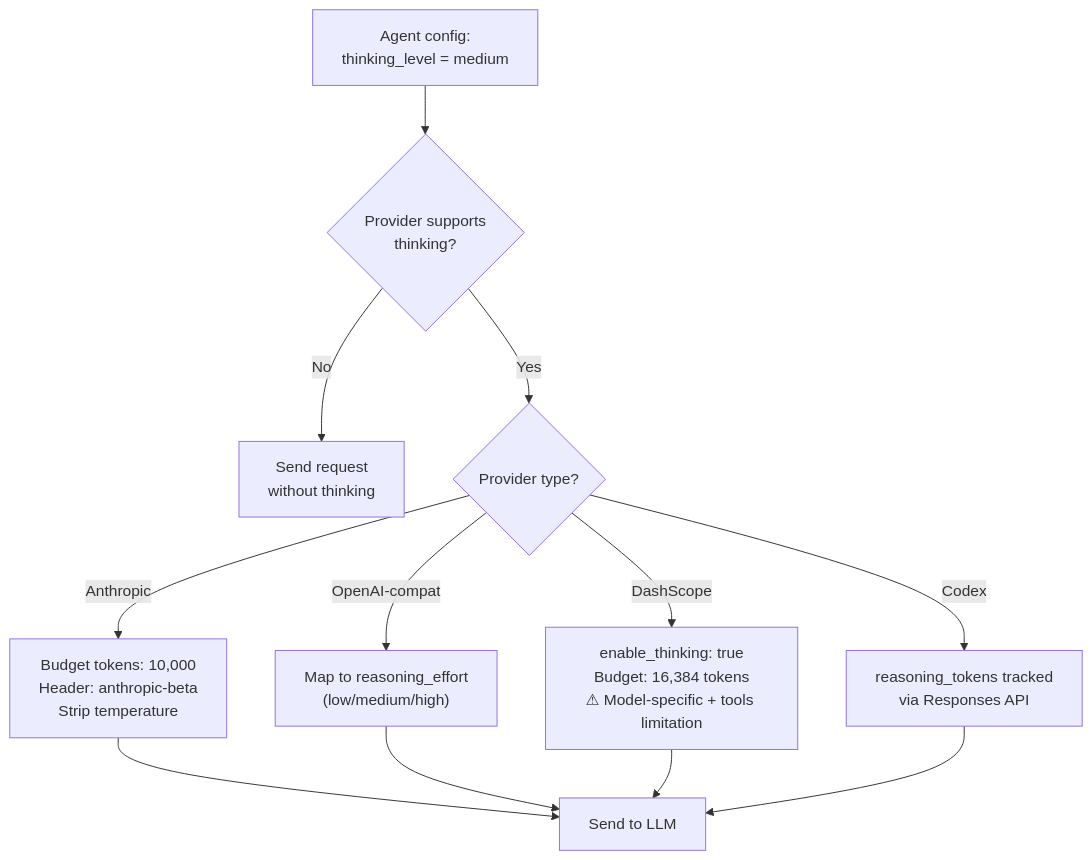
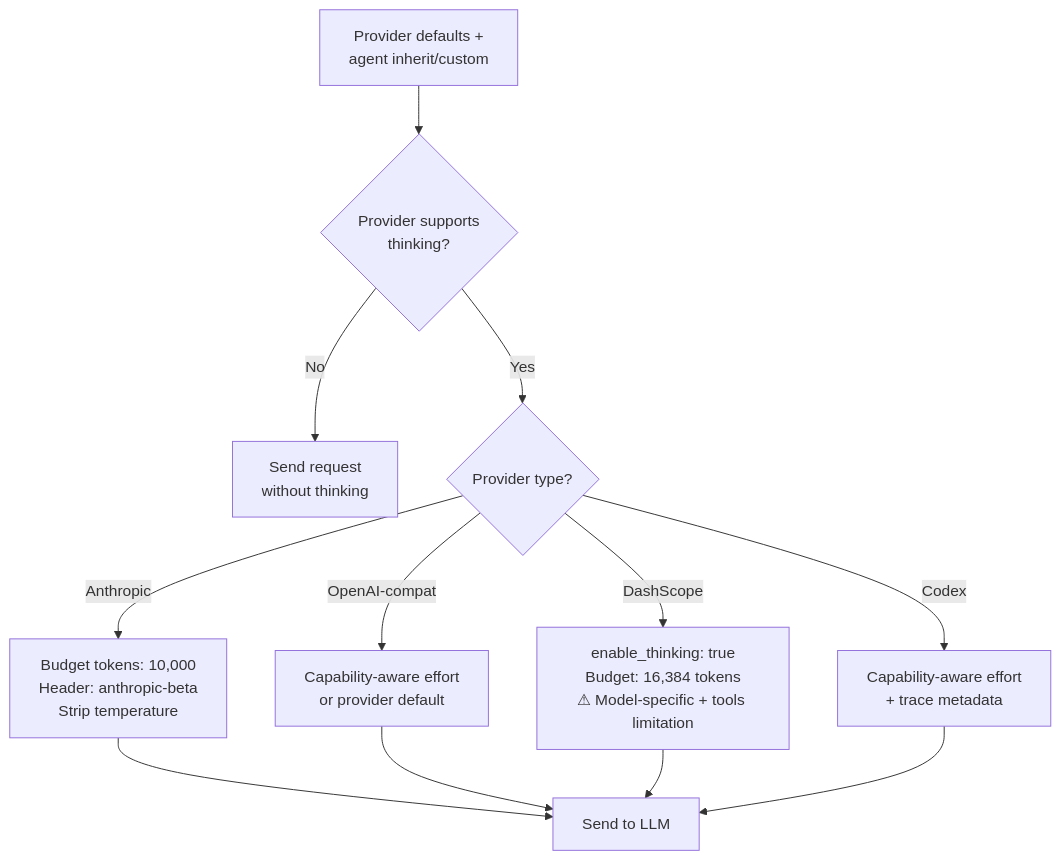
One commit to qkhalk/goclaw changed the first of 3 diagrams in docs/12-extended-thinking.md. Above: the diagram before and after it, drawn with Mermaid. The commit also changed other lines of this file and 40 other files, not shown here.

First line of the commit message:
feat: add capability-aware reasoning effort controls (#593)

````diff
--- a/docs/12-extended-thinking.md
+++ b/docs/12-extended-thinking.md
@@ -30,16 +78,16 @@
 ```mermaid
 flowchart TD
-    CONFIG["Agent config:<br/>thinking_level = medium"] --> CHECK{"Provider supports<br/>thinking?"}
+    CONFIG["Provider defaults +<br/>agent inherit/custom"] --> CHECK{"Provider supports<br/>thinking?"}
     CHECK -->|No| SKIP["Send request<br/>without thinking"]
     CHECK -->|Yes| MAP{"Provider type?"}
 
     MAP -->|Anthropic| ANTH["Budget tokens: 10,000<br/>Header: anthropic-beta<br/>Strip temperature"]
-    MAP -->|OpenAI-compat| OAI["Map to reasoning_effort<br/>(low/medium/high)"]
+    MAP -->|OpenAI-compat| OAI["Capability-aware effort<br/>or provider default"]
     MAP -->|DashScope| DASH["enable_thinking: true<br/>Budget: 16,384 tokens<br/>⚠ Model-specific + tools limitation"]
-    MAP -->|Codex| CODEX["reasoning_tokens tracked<br/>via Responses API"]
+    MAP -->|Codex| CODEX["Capability-aware effort<br/>+ trace metadata"]
 
     ANTH --> SEND["Send to LLM"]
     OAI --> SEND
     DASH --> SEND
     CODEX --> SEND
 ```
````
